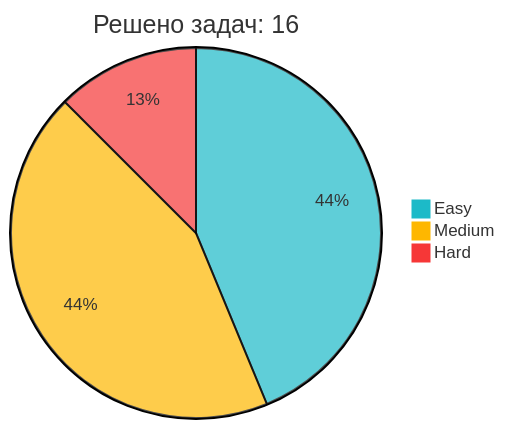
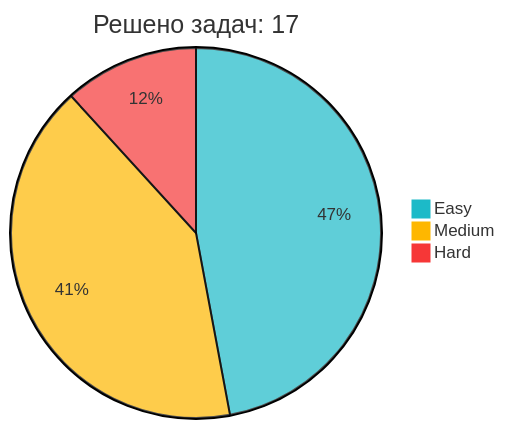
The diagram in README.md (IliaKurdukov/IliaKurdukov), drawn with Mermaid before and after one commit. The commit also changed other lines of this file, not shown here.

Commit message:
📈 Обновление статистики LeetCode

````diff
--- a/README.md
+++ b/README.md
@@ -48,7 +48,7 @@
 ```mermaid
 %%{init: {'theme': 'base', 'themeVariables': { 'pie1': '#1CBAC8', 'pie2': '#FEB700', 'pie3': '#F63737' }, 'config': {'width': 300, 'height': 200}}}%%
-pie title Решено задач: 16
-   "Easy" : 7
+pie title Решено задач: 17
+   "Easy" : 8
    "Medium" : 7
    "Hard" : 2
 ```
````
